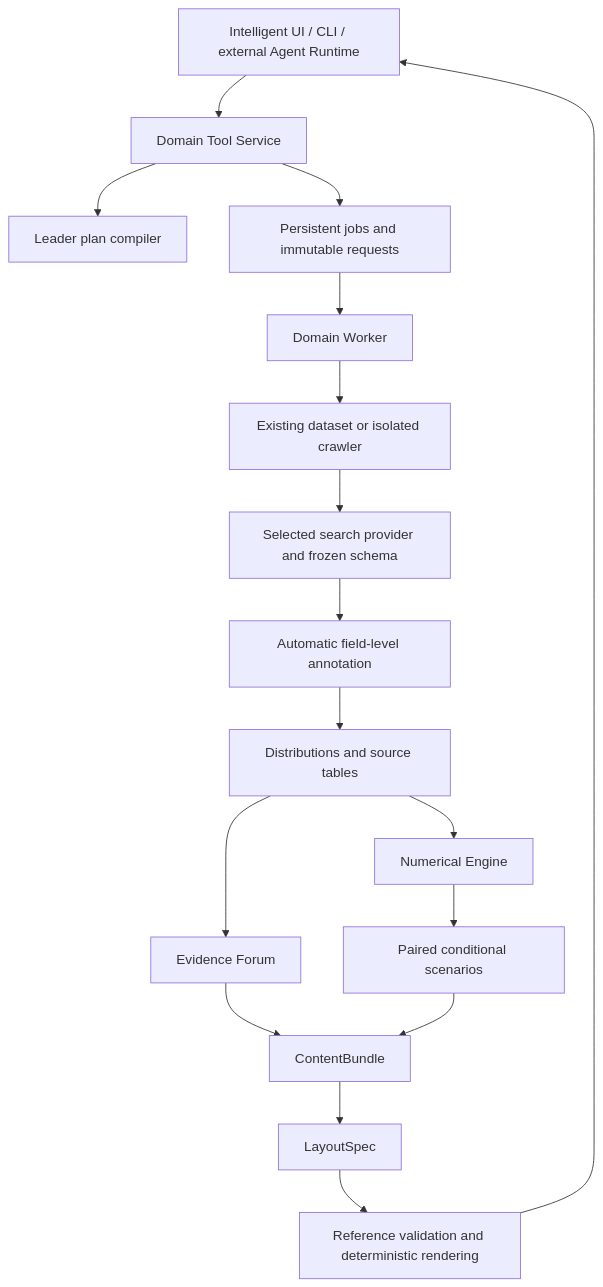
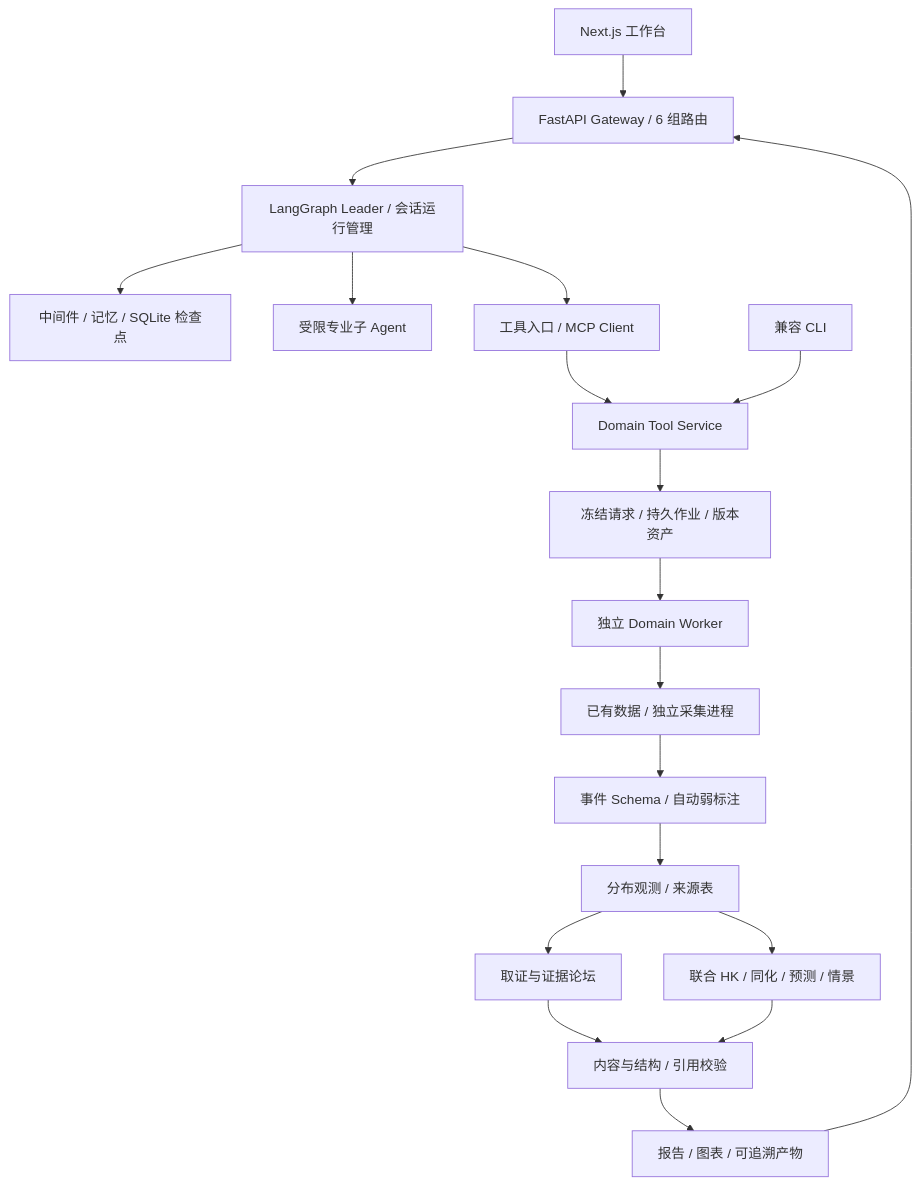
Before and after one commit to Hyacehila/Tweets2Insights: the diagram in doc/architecture.md, drawn with Mermaid. The commit also changed other lines of this file and 169 other files, not shown here.

Commit message:
refactor(architecture): add DeerFlow-style agent backend and Next.js workspace

````diff
--- a/doc/architecture.md
+++ b/doc/architecture.md
@@ -7,19 +8,21 @@
 ```mermaid
 flowchart TD
-  UI[Intelligent UI / CLI / external Agent Runtime] --> APP[Domain Tool Service]
-  APP --> PLAN[Leader plan compiler]
-  APP --> JOB[Persistent jobs and immutable requests]
-  JOB --> WORKER[Domain Worker]
-  WORKER --> INPUT[Existing dataset or isolated crawler]
-  INPUT --> SCHEMA[Selected search provider and frozen schema]
-  SCHEMA --> LABEL[Automatic field-level annotation]
-  LABEL --> OBS[Distributions and source tables]
-  OBS --> FORUM[Evidence Forum]
-  OBS --> MODEL[Numerical Engine]
-  MODEL --> SCENARIO[Paired conditional scenarios]
-  FORUM --> CONTENT[ContentBundle]
-  SCENARIO --> CONTENT
-  CONTENT --> LAYOUT[LayoutSpec]
-  LAYOUT --> VALIDATE[Reference validation and deterministic rendering]
-  VALIDATE --> UI
+  UI[Next.js 工作台] --> API[FastAPI Gateway / 6 组路由]
+  API --> RUN[LangGraph Leader / 会话运行管理]
+  RUN --> CTX[中间件 / 记忆 / SQLite 检查点]
+  RUN --> SUB[受限专业子 Agent]
+  RUN --> TOOLS[工具入口 / MCP Client]
+  TOOLS --> DOMAIN[Domain Tool Service]
+  CLI[兼容 CLI] --> DOMAIN
+  DOMAIN --> JOB[冻结请求 / 持久作业 / 版本资产]
+  JOB --> WORKER[独立 Domain Worker]
+  WORKER --> INPUT[已有数据 / 独立采集进程]
+  INPUT --> LABEL[事件 Schema / 自动弱标注]
+  LABEL --> OBS[分布观测 / 来源表]
+  OBS --> EVIDENCE[取证与证据论坛]
+  OBS --> MODEL[联合 HK / 同化 / 预测 / 情景]
+  EVIDENCE --> CONTENT[内容与结构 / 引用校验]
+  MODEL --> CONTENT
+  CONTENT --> ARTIFACT[报告 / 图表 / 可追溯产物]
+  ARTIFACT --> API
 ```
````
